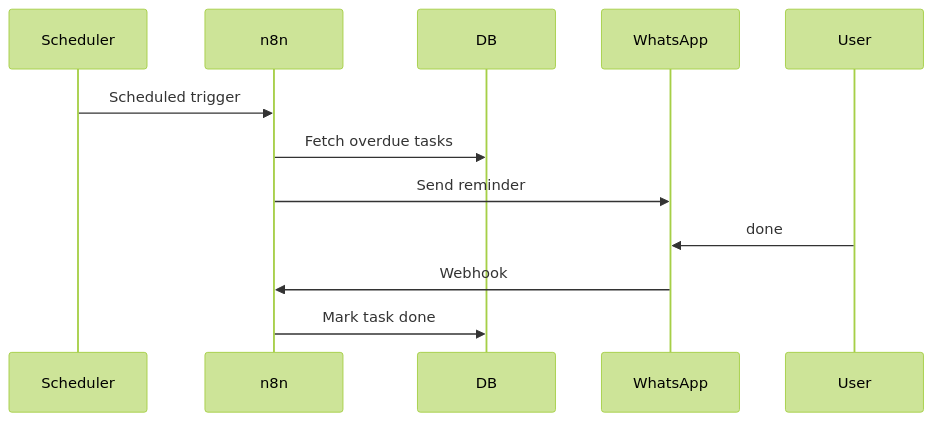
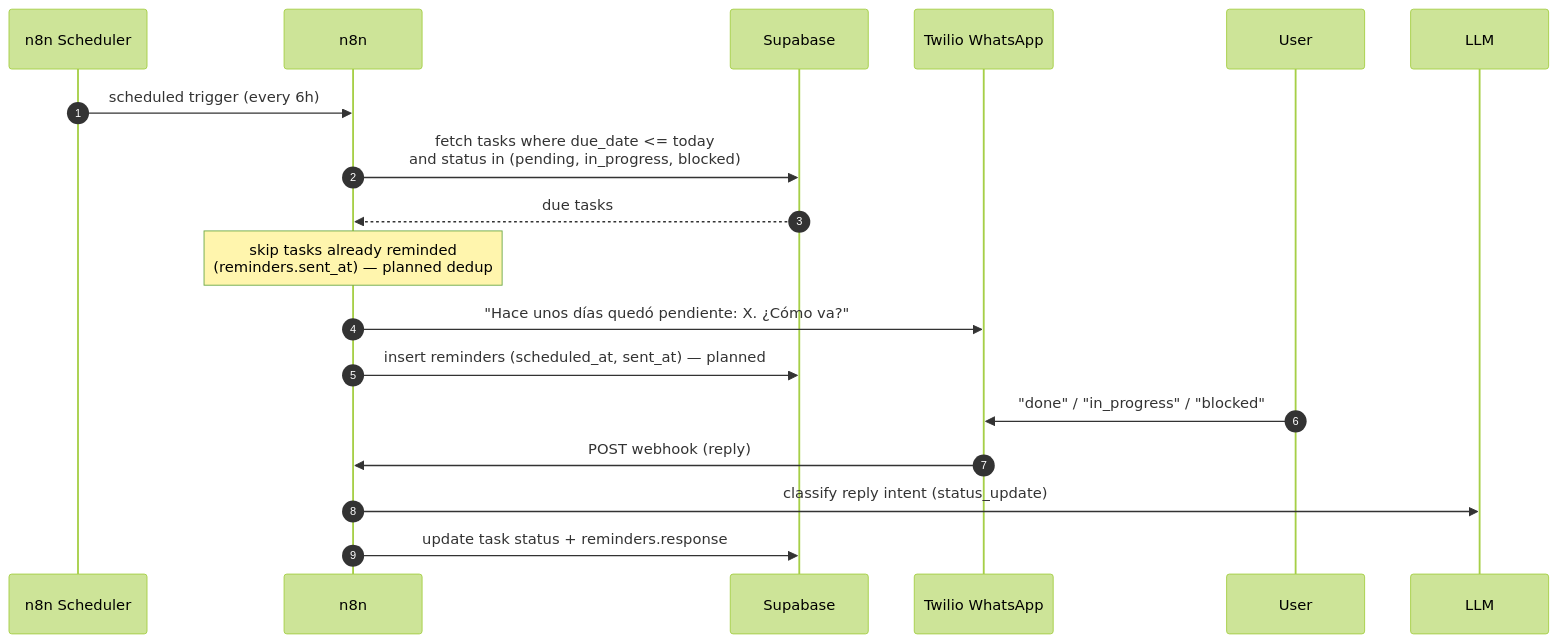
One commit to Santiagocetran/halketon-auto-mode-on changed the fourth of 4 diagrams in docs/diagrams/flows.md. Above: the diagram before and after it, drawn with Mermaid (forest theme). The commit also changed other lines of this file and 4 other files, not shown here.

First line of the commit message:
docs: add complete architecture documentation with diagrams

````diff
--- a/docs/diagrams/flows.md
+++ b/docs/diagrams/flows.md
@@ -39,14 +82,20 @@
 ```mermaid
 sequenceDiagram
-  participant Scheduler
+  autonumber
+  participant Scheduler as n8n Scheduler
   participant n8n
-  participant DB
-  participant WhatsApp
+  participant DB as Supabase
+  participant WhatsApp as Twilio WhatsApp
   participant User
-  Scheduler->>n8n: Scheduled trigger
-  n8n->>DB: Fetch overdue tasks
-  n8n->>WhatsApp: Send reminder
-  User->>WhatsApp: done
-  WhatsApp->>n8n: Webhook
-  n8n->>DB: Mark task done
+
+  Scheduler->>n8n: scheduled trigger (every 6h)
+  n8n->>DB: fetch tasks where due_date <= today<br/>and status in (pending, in_progress, blocked)
+  DB-->>n8n: due tasks
+  Note over n8n: skip tasks already reminded<br/>(reminders.sent_at) — planned dedup
+  n8n->>WhatsApp: "Hace unos días quedó pendiente: X. ¿Cómo va?"
+  n8n->>DB: insert reminders (scheduled_at, sent_at) — planned
+  User->>WhatsApp: "done" / "in_progress" / "blocked"
+  WhatsApp->>n8n: POST webhook (reply)
+  n8n->>LLM: classify reply intent (status_update)
+  n8n->>DB: update task status + reminders.response
 ```
````
